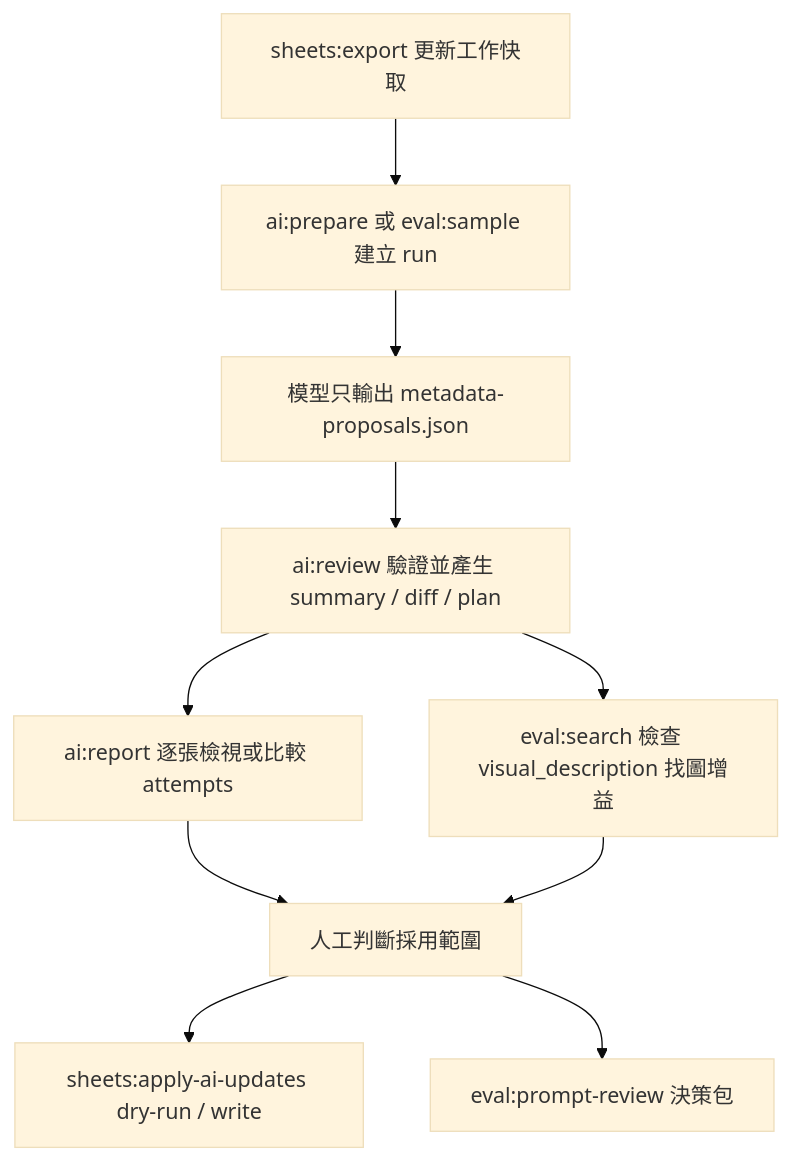
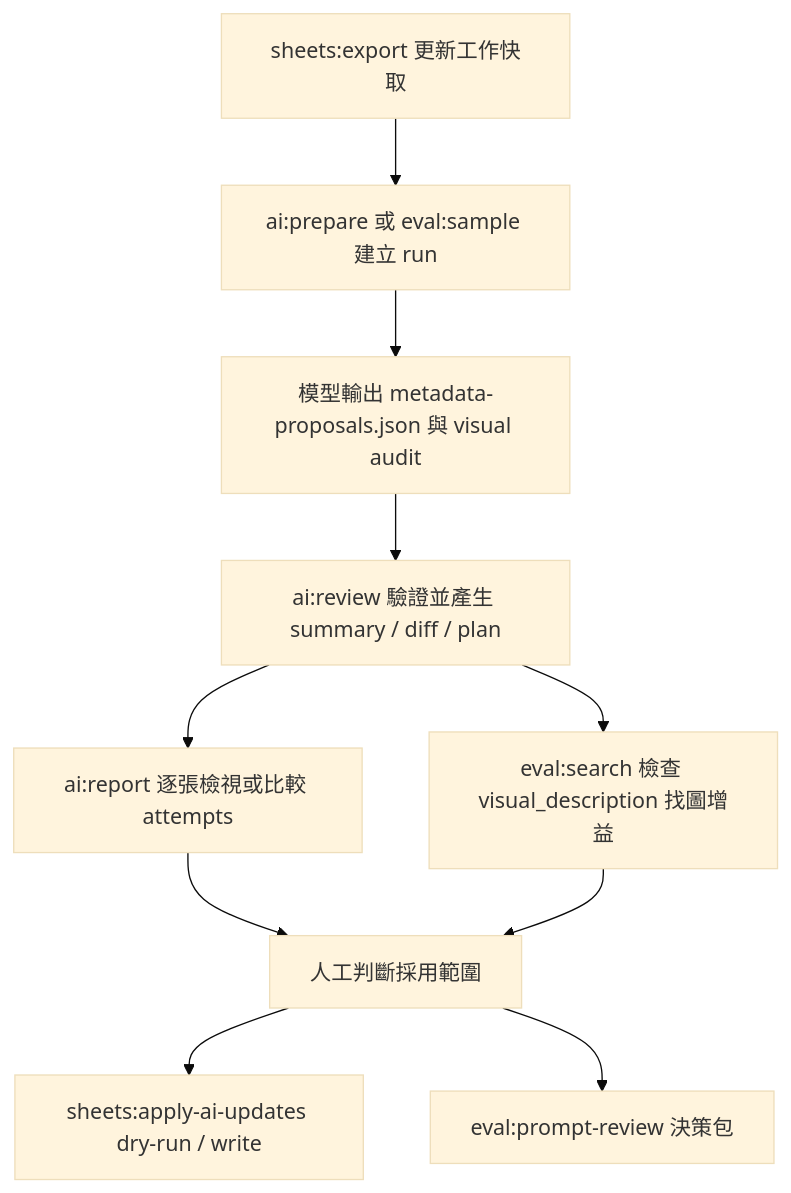
The diagram in docs/ai-labeling-operator-guide.md (sitcon-tw/flickr-photo-finder), drawn with Mermaid (base theme) before and after one commit. The commit also changed other lines of this file and 13 other files, not shown here.

````diff
--- a/docs/ai-labeling-operator-guide.md
+++ b/docs/ai-labeling-operator-guide.md
@@ -15,12 +15,12 @@
 ```mermaid
 flowchart TD
   A["sheets:export 更新工作快取"] --> B["ai:prepare 或 eval:sample 建立 run"]
-  B --> C["模型只輸出 metadata-proposals.json"]
+  B --> C["模型輸出 metadata-proposals.json 與 visual audit"]
   C --> D["ai:review 驗證並產生 summary / diff / plan"]
   D --> E["ai:report 逐張檢視或比較 attempts"]
   D --> F["eval:search 檢查 visual_description 找圖增益"]
   E --> G["人工判斷採用範圍"]
   F --> G
   G --> H["sheets:apply-ai-updates dry-run / write"]
   G --> I["eval:prompt-review 決策包"]
 ```
````
